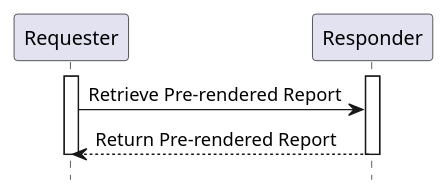
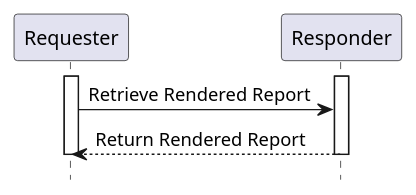
One commit to IHE/RAD.IMR changed the diagram in input/images-source/RAD-Y4-seq.plantuml. Above: the diagram before and after it, drawn with PlantUML. The commit also changed 5 other files, not shown here.

Commit message:
Rephrase pre-rendered to be just rendered.

```diff
--- a/input/images-source/RAD-Y4-seq.plantuml
+++ b/input/images-source/RAD-Y4-seq.plantuml
@@ -1,15 +1,15 @@
 @startuml
 
 hide footbox
 
 participant "Requester" as Reader
 participant "Responder" as Repo
 
 activate Reader
 activate Repo
-Reader->Repo: Retrieve Pre-rendered Report
-Repo-->Reader: Return Pre-rendered Report
+Reader->Repo: Retrieve Rendered Report
+Repo-->Reader: Return Rendered Report
 deactivate Repo
 deactivate Reader
 
 @enduml
```
